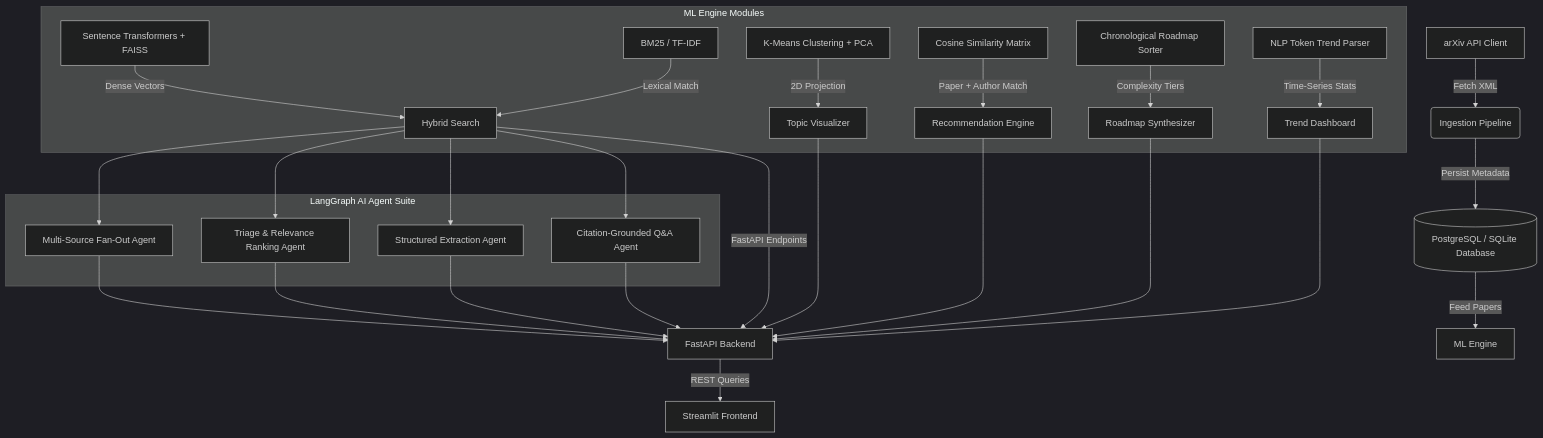
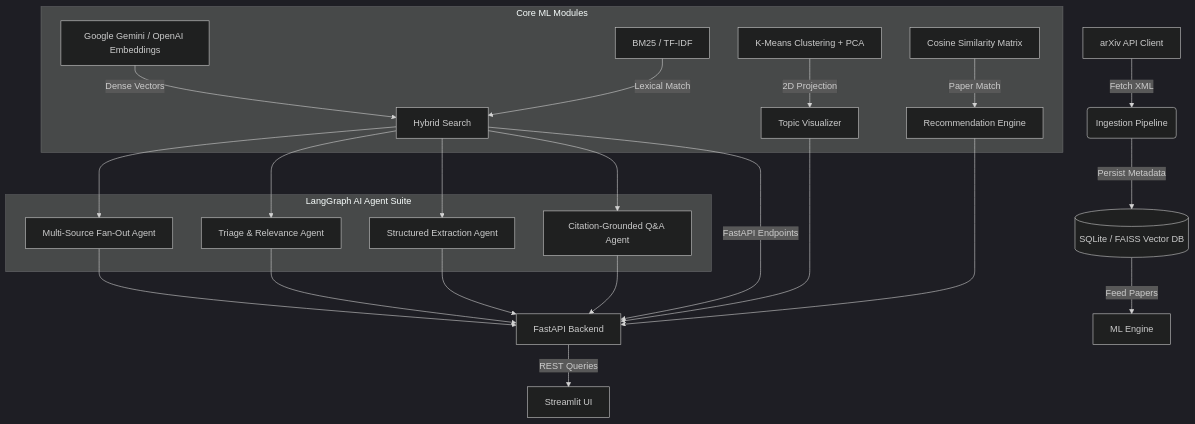
The diagram in README.md (abhishekk-prajapati/research-intelligence), drawn with Mermaid (dark theme) before and after one commit. The commit also changed other lines of this file, not shown here.

````diff
--- a/README.md
+++ b/README.md
@@ -20,35 +21,31 @@
 ```mermaid
 graph TD
     A[arXiv API Client] -->|Fetch XML| B(Ingestion Pipeline)
-    B -->|Persist Metadata| C[(PostgreSQL / SQLite Database)]
+    B -->|Persist Metadata| C[(SQLite / FAISS Vector DB)]
     C -->|Feed Papers| D[ML Engine]
     
-    subgraph "ML Engine Modules"
-        D1[Sentence Transformers + FAISS] -->|Dense Vectors| E[Hybrid Search]
+    subgraph "Core ML Modules"
+        D1[Google Gemini / OpenAI Embeddings] -->|Dense Vectors| E[Hybrid Search]
         D2[BM25 / TF-IDF] -->|Lexical Match| E
         D3[K-Means Clustering + PCA] -->|2D Projection| F[Topic Visualizer]
-        D4[Cosine Similarity Matrix] -->|Paper + Author Match| G[Recommendation Engine]
-        D5[Chronological Roadmap Sorter] -->|Complexity Tiers| H[Roadmap Synthesizer]
-        D6[NLP Token Trend Parser] -->|Time-Series Stats| I[Trend Dashboard]
+        D4[Cosine Similarity Matrix] -->|Paper Match| G[Recommendation Engine]
     end
     
     subgraph "LangGraph AI Agent Suite"
         L1[Multi-Source Fan-Out Agent]
-        L2[Triage & Relevance Ranking Agent]
+        L2[Triage & Relevance Agent]
         L3[Structured Extraction Agent]
         L4[Citation-Grounded Q&A Agent]
         E --> L1 & L2 & L3 & L4
     end
     
     E -->|FastAPI Endpoints| J[FastAPI Backend]
     F --> J
     G --> J
-    H --> J
-    I --> J
     L1 --> J
     L2 --> J
     L3 --> J
     L4 --> J
     
-    J -->|REST Queries| K[Streamlit Frontend]
+    J -->|REST Queries| K[Streamlit UI]
 ```
````
